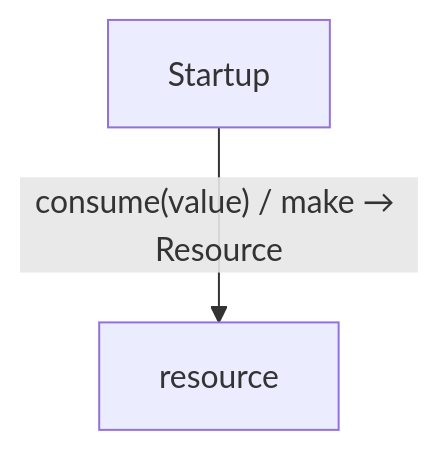
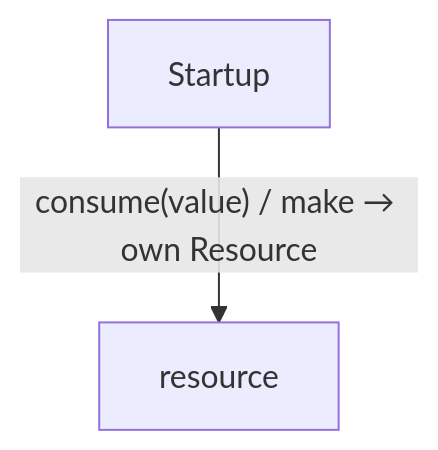
One commit to GreenPandaStudios/augscript changed the first of 2 diagrams in docs/examples/ownership-transfer/diagrams/index.md. Above: the diagram before and after it, drawn with Mermaid. The commit also changed other lines of this file and 133 other files, not shown here.

````diff
--- a/docs/examples/ownership-transfer/diagrams/index.md
+++ b/docs/examples/ownership-transfer/diagrams/index.md
@@ -19,6 +19,6 @@
 ```mermaid
 flowchart TD
     n0["Startup"]
     n1["resource"]
-    n0 -->|"consume(value) / make → Resource"| n1
+    n0 -->|"consume(value) / make → own Resource"| n1
 ```
````
